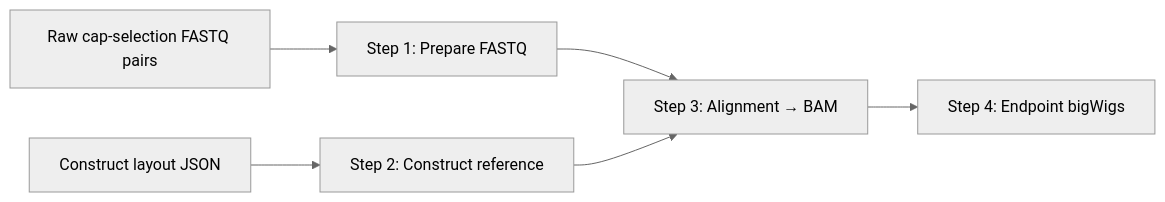
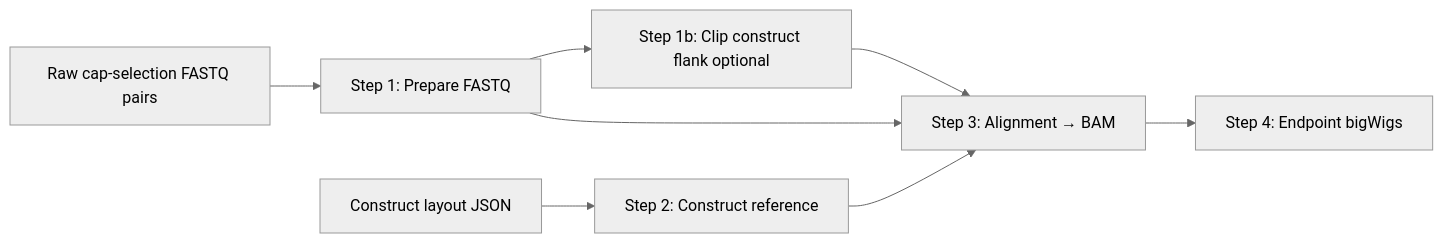
Before and after one commit to haiyuan-yu-lab/reporter-assay-pipeline-doc: the diagram in docs/cap-selection/workflow.md, drawn with Mermaid (neutral theme). The commit also changed other lines of this file and 2 other files, not shown here.

First line of the commit message:
Document optional step1b construct-flank clipping before Step 3.

````diff
--- a/docs/cap-selection/workflow.md
+++ b/docs/cap-selection/workflow.md
@@ -27,10 +27,12 @@
 ```mermaid
 flowchart LR
     RAW[Raw cap-selection FASTQ pairs]
     LAYOUT[Construct layout JSON]
     RAW --> S1[Step 1: Prepare FASTQ]
+    S1 --> S1B[Step 1b: Clip construct flank optional]
+    S1B --> S3[Step 3: Alignment → BAM]
+    S1 --> S3
     LAYOUT --> S2[Step 2: Construct reference]
-    S1 --> S3[Step 3: Alignment → BAM]
     S2 --> S3
     S3 --> S4[Step 4: Endpoint bigWigs]
 ```
````
